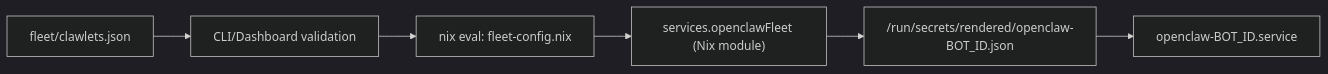
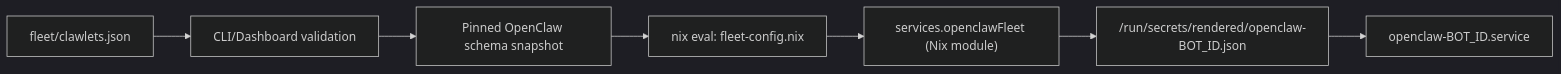
Before and after one commit to regenrek/moltlets: the diagram in apps/docs/content/docs/configuration/typed-surfaces.mdx, drawn with Mermaid (dark theme). The commit also changed other lines of this file and 3 other files, not shown here.

Commit message:
docs: document pinned OpenClaw schema snapshot

````diff
--- a/apps/docs/content/docs/configuration/typed-surfaces.mdx
+++ b/apps/docs/content/docs/configuration/typed-surfaces.mdx
@@ -64,8 +79,9 @@
 ```mermaid
 flowchart LR
   A["fleet/clawlets.json"] --> B["CLI/Dashboard validation"]
-  B --> C["nix eval: fleet-config.nix"]
+  B --> S["Pinned OpenClaw schema snapshot"]
+  S --> C["nix eval: fleet-config.nix"]
   C --> D["services.openclawFleet (Nix module)"]
   D --> E["/run/secrets/rendered/openclaw-BOT_ID.json"]
   E --> F["openclaw-BOT_ID.service"]
 ```
````
